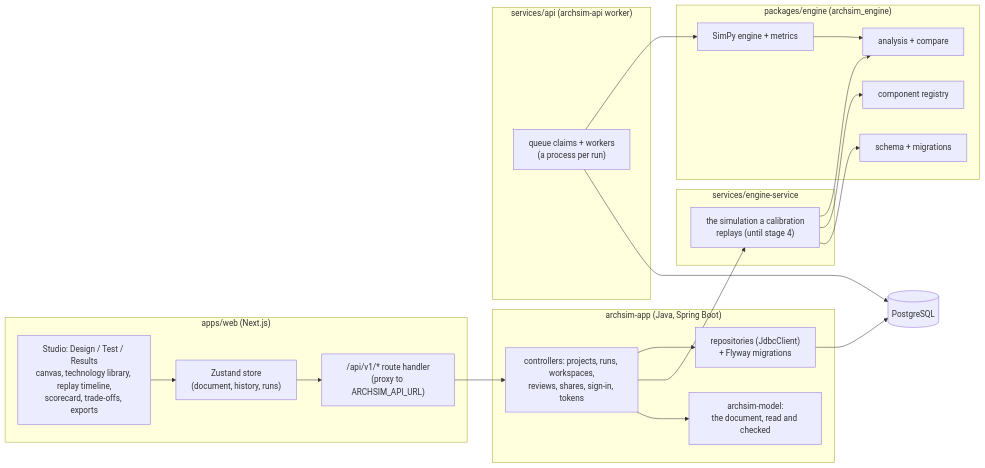
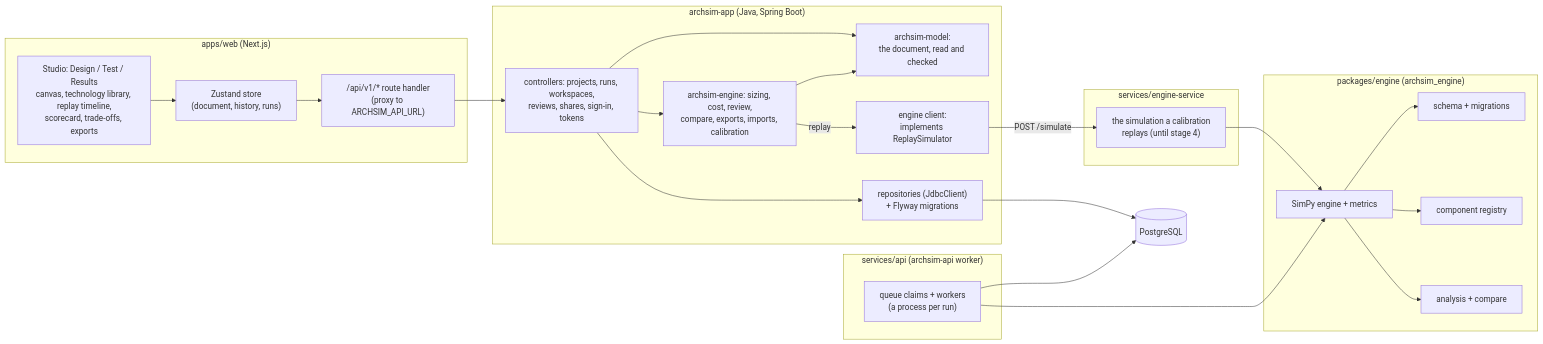
The first of 2 diagrams in docs/architecture.md (dante0747/archsim), drawn with Mermaid before and after one commit. The commit also changed other lines of this file and 14 other files, not shown here.

First line of the commit message:
docs(java): record stage 3 as built, with the engine service down to /simulate

````diff
--- a/docs/architecture.md
+++ b/docs/architecture.md
@@ -7,36 +7,39 @@
 ```mermaid
 flowchart LR
   subgraph web["apps/web (Next.js)"]
     UI["Studio: Design / Test / Results<br/>canvas, technology library, replay timeline,<br/>scorecard, trade-offs, exports"]
     Store["Zustand store<br/>(document, history, runs)"]
     Proxy["/api/v1/* route handler<br/>(proxy to ARCHSIM_API_URL)"]
   end
   subgraph api["archsim-app (Java, Spring Boot)"]
     Controllers["controllers: projects, runs, workspaces,<br/>reviews, shares, sign-in, tokens"]
     Model["archsim-model:<br/>the document, read and checked"]
+    JEngine["archsim-engine: sizing, cost, review,<br/>compare, exports, imports, calibration"]
+    Client["engine client:<br/>implements ReplaySimulator"]
     Repos["repositories (JdbcClient)<br/>+ Flyway migrations"]
   end
   subgraph engsvc["services/engine-service"]
     Sync["the simulation a calibration<br/>replays (until stage 4)"]
   end
   subgraph workers["services/api (archsim-api worker)"]
     Jobs["queue claims + workers<br/>(a process per run)"]
   end
   subgraph engine["packages/engine (archsim_engine)"]
     Schema["schema + migrations"]
     Registry["component registry"]
     Sim["SimPy engine + metrics"]
     Analysis["analysis + compare"]
   end
   DB[("PostgreSQL")]
   UI --> Store --> Proxy --> Controllers
   Controllers --> Model
-  Controllers --> Sync
+  Controllers --> JEngine --> Model
+  JEngine -->|replay| Client -->|POST /simulate| Sync
   Controllers --> Repos --> DB
-  Sync --> Schema
-  Sync --> Registry
-  Sync --> Analysis
+  Sync --> Sim
   Jobs --> DB
   Jobs --> Sim
+  Sim --> Schema
+  Sim --> Registry
   Sim --> Analysis
 ```
````
